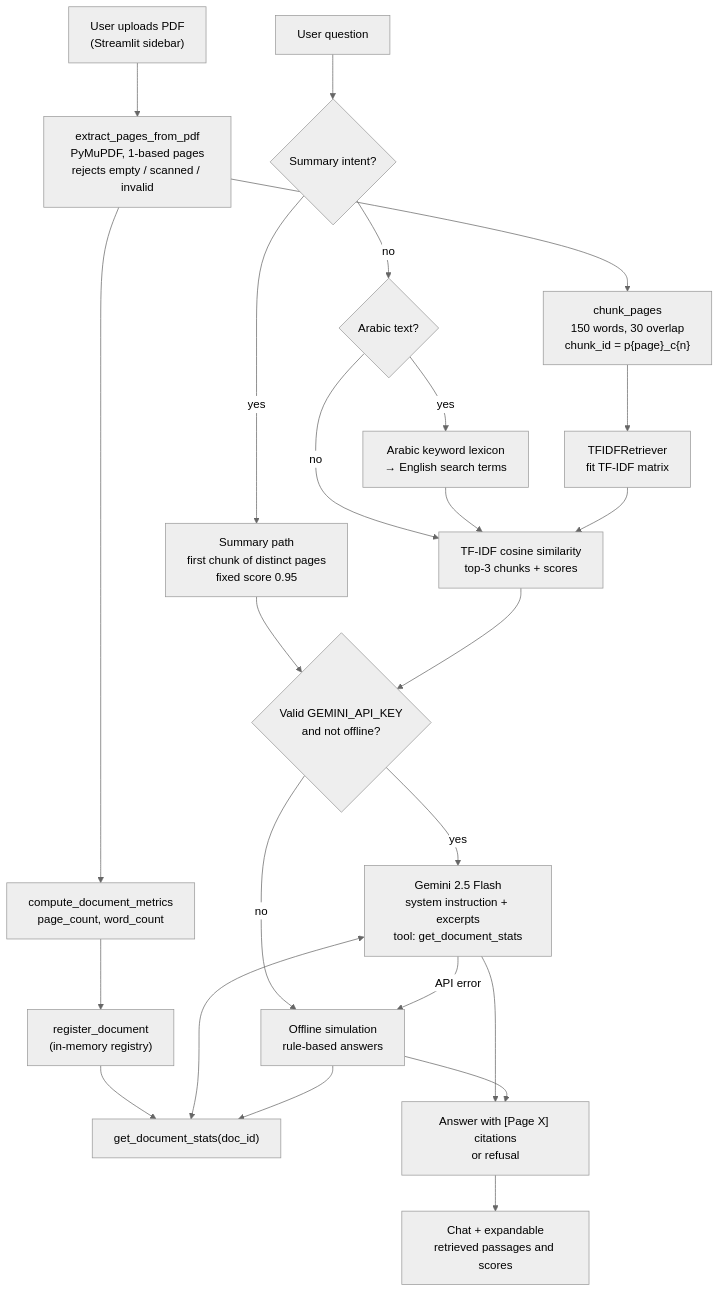
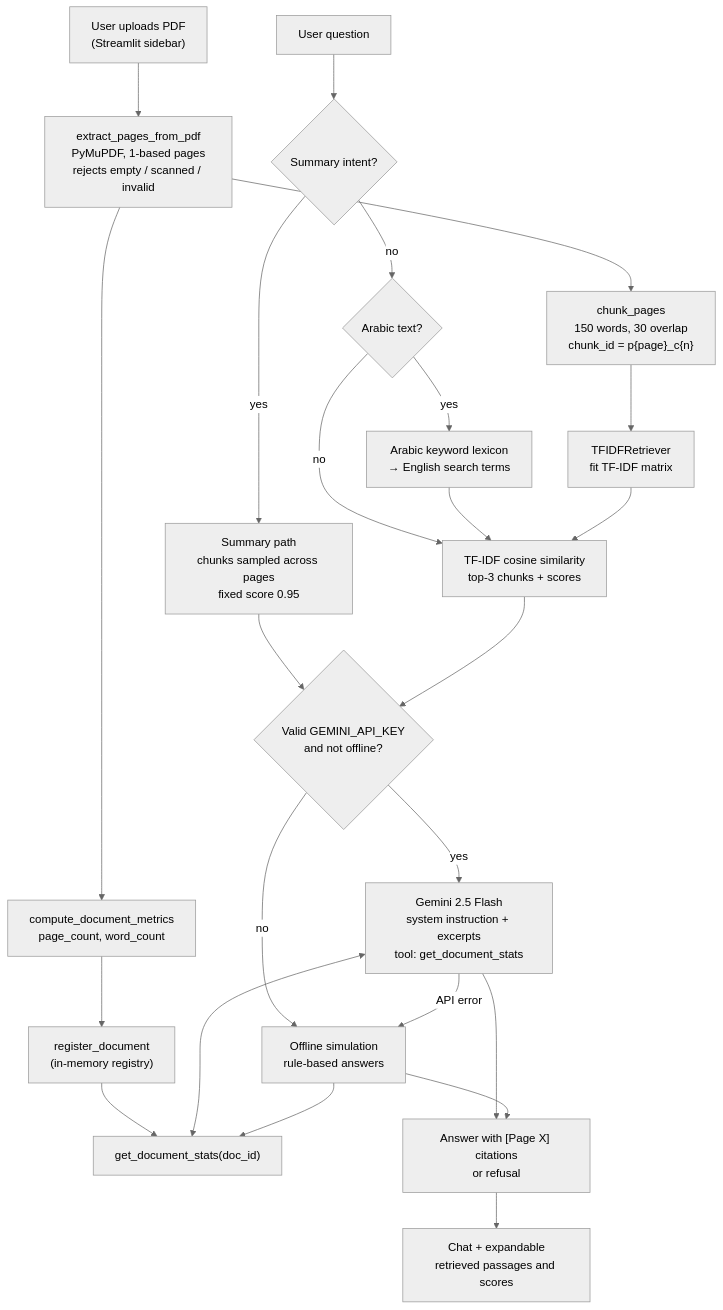
The diagram in docs/architecture.md (lolo67fa/ask-my-pdf-rag), drawn with Mermaid (neutral theme) before and after one commit. The commit also changed other lines of this file and 12 other files, not shown here.

````diff
--- a/docs/architecture.md
+++ b/docs/architecture.md
@@ -23,29 +23,29 @@
 ```mermaid
 flowchart TD
     U["User uploads PDF<br/>(Streamlit sidebar)"] --> X["extract_pages_from_pdf<br/>PyMuPDF, 1-based pages<br/>rejects empty / scanned / invalid"]
     X --> C["chunk_pages<br/>150 words, 30 overlap<br/>chunk_id = p{page}_c{n}"]
     X --> M["compute_document_metrics<br/>page_count, word_count"]
     M --> R["register_document<br/>(in-memory registry)"]
     C --> T["TFIDFRetriever<br/>fit TF-IDF matrix"]
 
     Q["User question"] --> S{"Summary intent?"}
-    S -- yes --> SP["Summary path<br/>first chunk of distinct pages<br/>fixed score 0.95"]
+    S -- yes --> SP["Summary path<br/>chunks sampled across pages<br/>fixed score 0.95"]
     S -- no --> AR{"Arabic text?"}
     AR -- yes --> LX["Arabic keyword lexicon<br/>→ English search terms"]
     AR -- no --> TF
     LX --> TF["TF-IDF cosine similarity<br/>top-3 chunks + scores"]
     T --> TF
 
     SP --> G{"Valid GEMINI_API_KEY<br/>and not offline?"}
     TF --> G
     G -- yes --> LIVE["Gemini 2.5 Flash<br/>system instruction + excerpts<br/>tool: get_document_stats"]
     G -- no --> OFF["Offline simulation<br/>rule-based answers"]
     LIVE -- API error --> OFF
     R --> TOOL["get_document_stats(doc_id)"]
     LIVE <--> TOOL
     OFF --> TOOL
 
     LIVE --> A["Answer with [Page X] citations<br/>or refusal"]
     OFF --> A
     A --> UI["Chat + expandable<br/>retrieved passages and scores"]
 ```
````
